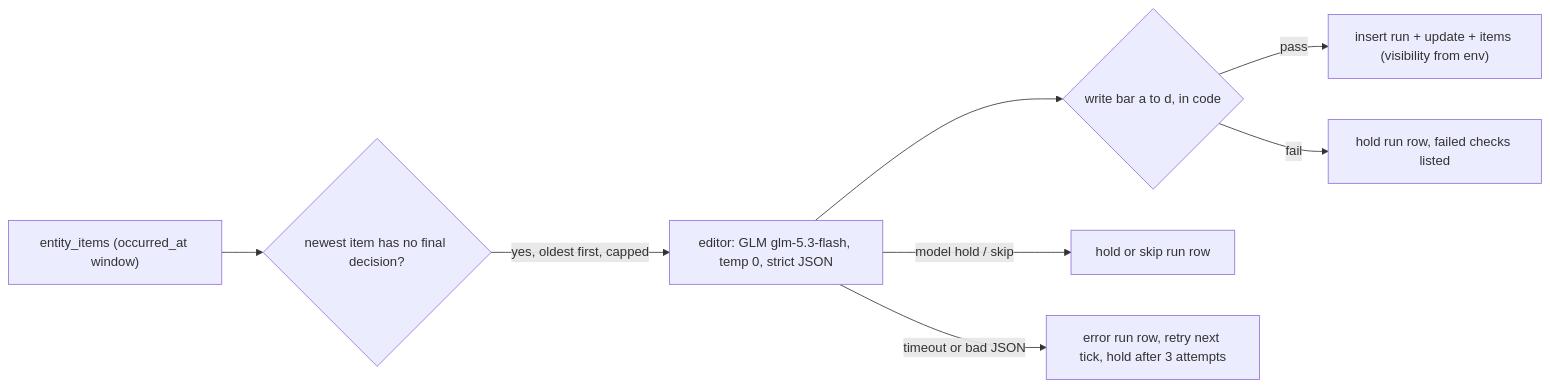
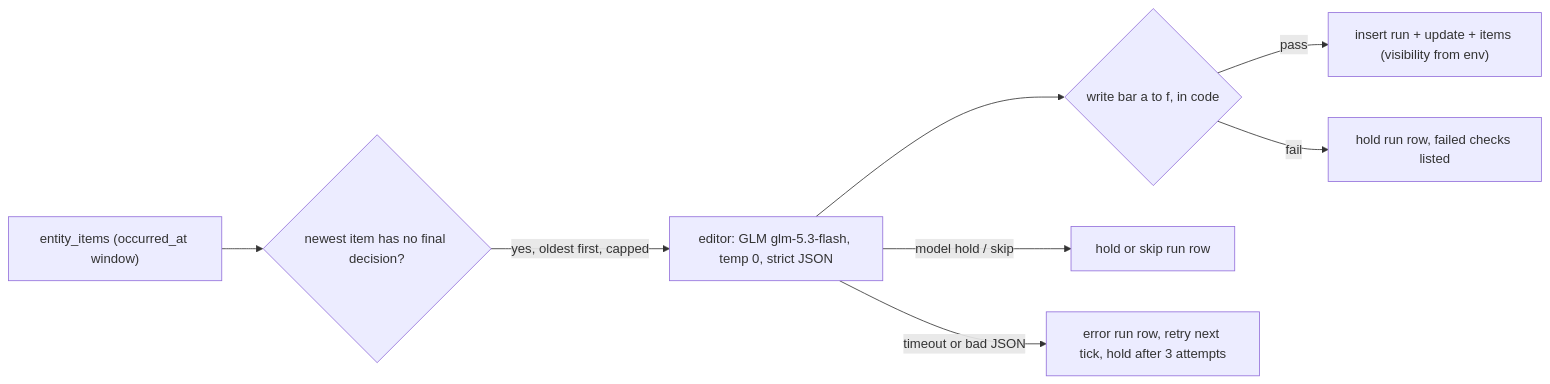
Before and after one commit to b-bhu/myboon: the diagram in packages/latest-updates/README.md, drawn with Mermaid. The commit also changed other lines of this file and 14 other files, not shown here.

````diff
--- a/packages/latest-updates/README.md
+++ b/packages/latest-updates/README.md
@@ -5,10 +5,10 @@
 ```mermaid
 flowchart LR
   EI["entity_items (occurred_at window)"] --> EL{"newest item has no final decision?"}
   EL -->|"yes, oldest first, capped"| ED["editor: GLM glm-5.3-flash, temp 0, strict JSON"]
-  ED --> BAR{"write bar a to d, in code"}
+  ED --> BAR{"write bar a to f, in code"}
   BAR -->|pass| W["insert run + update + items (visibility from env)"]
   BAR -->|fail| H["hold run row, failed checks listed"]
   ED -->|"model hold / skip"| HS["hold or skip run row"]
   ED -->|"timeout or bad JSON"| ER["error run row, retry next tick, hold after 3 attempts"]
 ```
````
